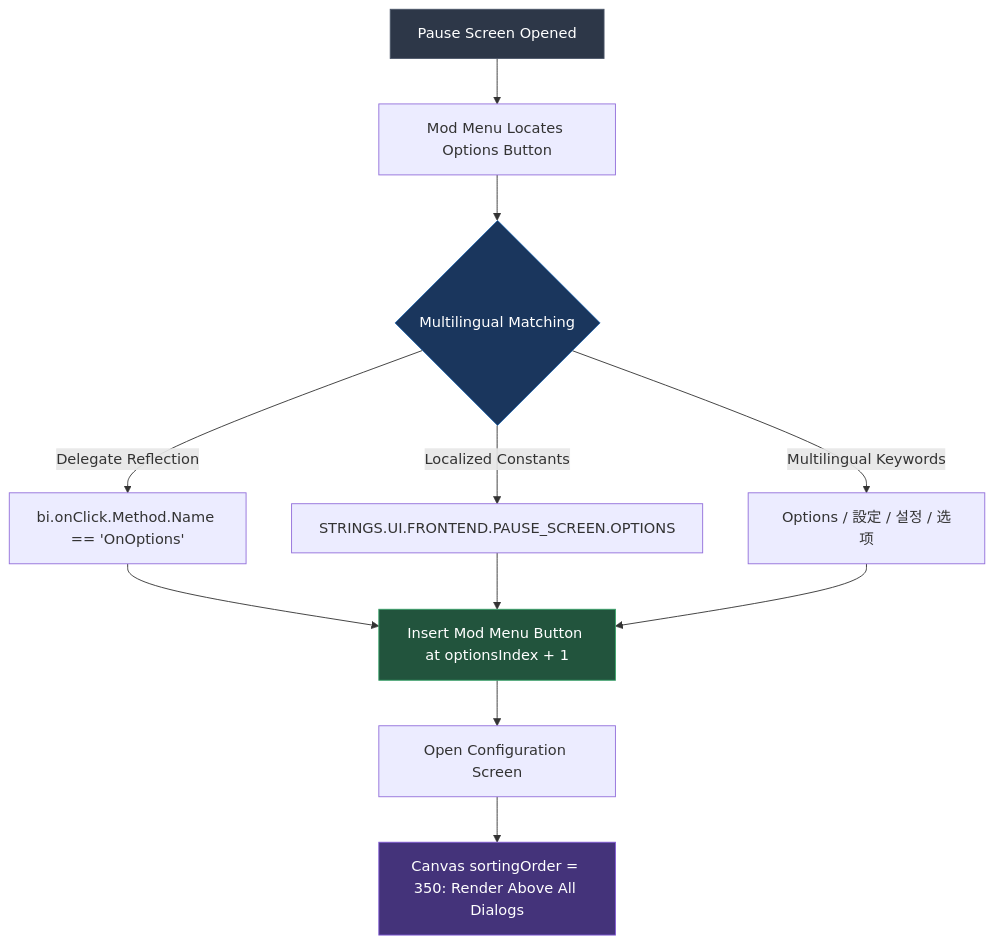
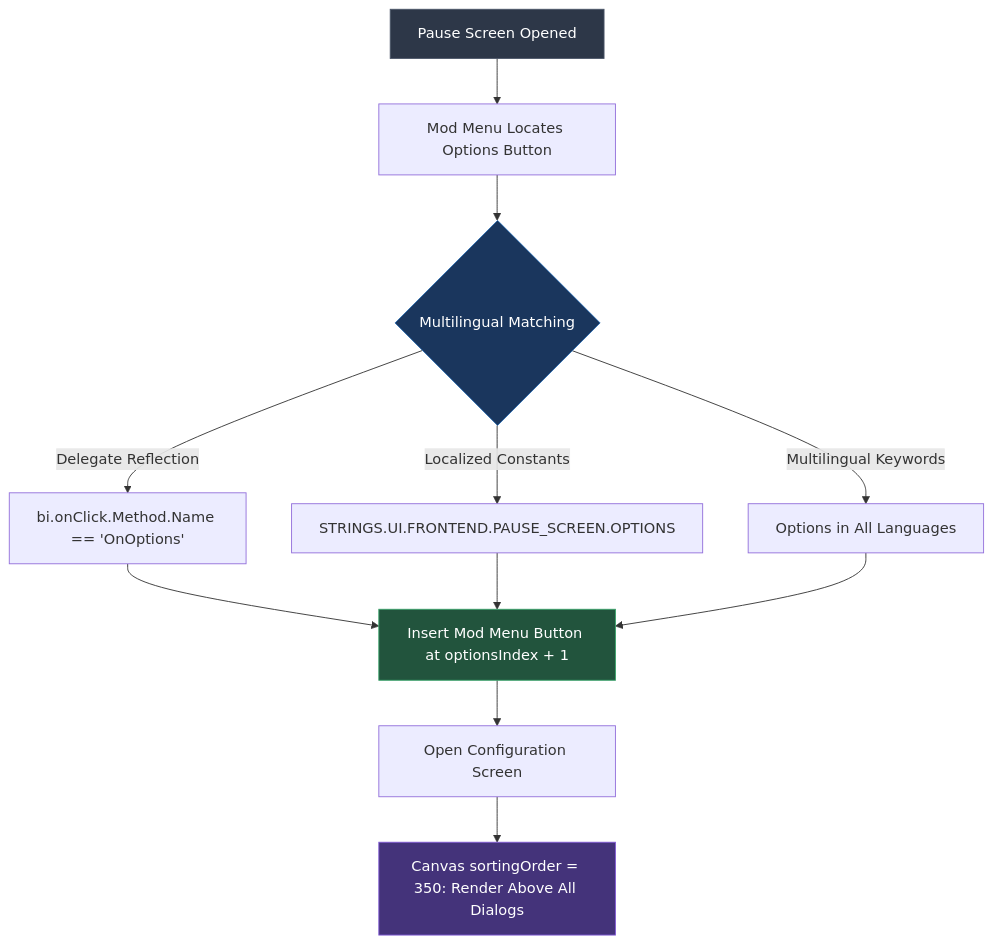
One commit to Eurekalo/Automatic_Industry changed the third of 5 diagrams in wiki/Multi-Mod-Compatibility-and-Crash-Guards.md. Above: the diagram before and after it, drawn with Mermaid. The commit also changed 2 other files, not shown here.

Commit message:
docs(wiki): standardize state diagrams to flowchart TD for bulletproof rendering

````diff
--- a/wiki/Multi-Mod-Compatibility-and-Crash-Guards.md
+++ b/wiki/Multi-Mod-Compatibility-and-Crash-Guards.md
@@ -108,20 +108,20 @@
 ```mermaid
 flowchart TD
     A["Pause Screen Opened"] --> B["Mod Menu Locates Options Button"]
     B --> C{"Multilingual Matching"}
     C -->|Delegate Reflection| D["bi.onClick.Method.Name == 'OnOptions'"]
     C -->|Localized Constants| E["STRINGS.UI.FRONTEND.PAUSE_SCREEN.OPTIONS"]
-    C -->|Multilingual Keywords| F["Options / 設定 / 설정 / 选项"]
+    C -->|Multilingual Keywords| F["Options in All Languages"]
     
     D --> G["Insert Mod Menu Button at optionsIndex + 1"]
     E --> G
     F --> G
     
     G --> H["Open Configuration Screen"]
     H --> I["Canvas sortingOrder = 350: Render Above All Dialogs"]
 
     style A fill:#2d3748,stroke:#4a5568,color:#fff
     style C fill:#1a365d,stroke:#2b6cb0,color:#fff
     style G fill:#22543d,stroke:#38a169,color:#fff
     style I fill:#44337a,stroke:#805ad5,color:#fff
 ```
````
